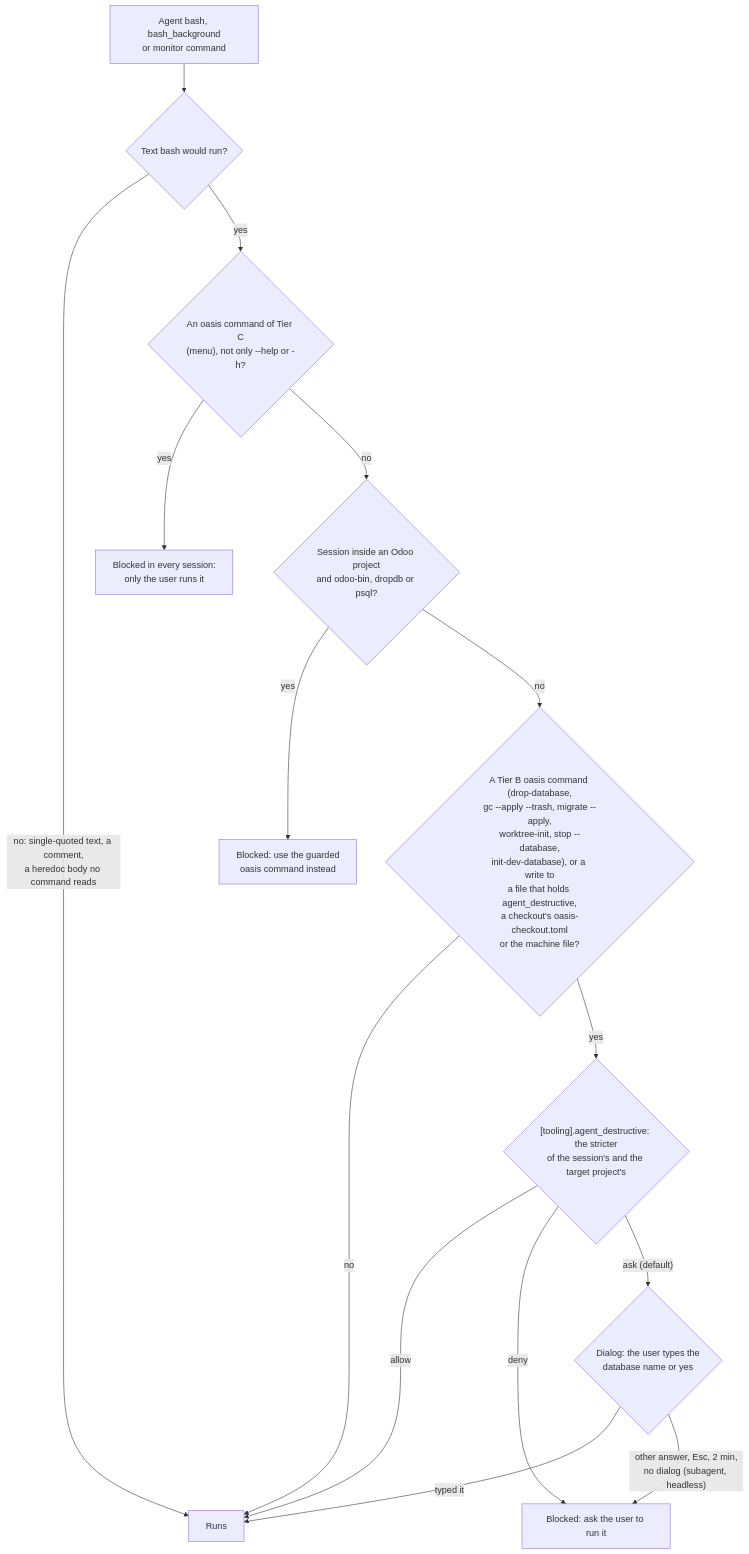
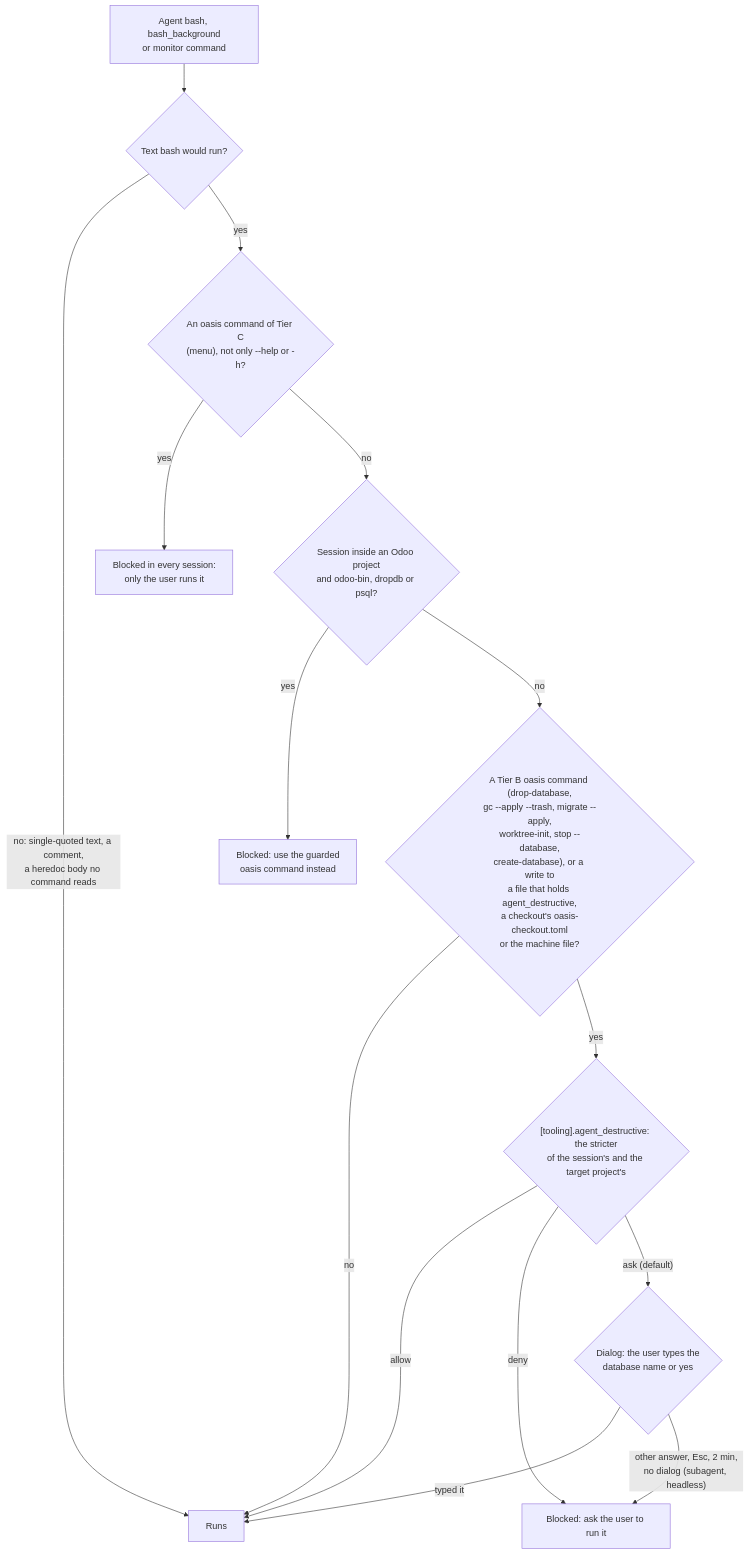
The diagram in docs/bash-guard.md (skhol3/oasis), drawn with Mermaid before and after one commit. The commit also changed other lines of this file and 80 other files, not shown here.

First line of the commit message:
feat!: create-database, setup-postgres, recreate-postgres-volume; close two creation paths

````diff
--- a/docs/bash-guard.md
+++ b/docs/bash-guard.md
@@ -24,17 +24,17 @@
 ```mermaid
 flowchart TD
     A["Agent bash, bash_background<br/>or monitor command"] --> B{"Text bash would run?"}
     B -->|"no: single-quoted text, a comment,<br/>a heredoc body no command reads"| OK["Runs"]
     B -->|yes| C{"An oasis command of Tier C<br/>(menu), not only --help or -h?"}
     C -->|yes| X["Blocked in every session:<br/>only the user runs it"]
     C -->|no| E{"Session inside an Odoo project<br/>and odoo-bin, dropdb or psql?"}
     E -->|yes| Y["Blocked: use the guarded<br/>oasis command instead"]
-    E -->|no| ASK{"A Tier B oasis command (drop-database,<br/>gc --apply --trash, migrate --apply,<br/>worktree-init, stop --database,<br/>init-dev-database), or a write to<br/>a file that holds agent_destructive,<br/>a checkout's oasis-checkout.toml<br/>or the machine file?"}
+    E -->|no| ASK{"A Tier B oasis command (drop-database,<br/>gc --apply --trash, migrate --apply,<br/>worktree-init, stop --database,<br/>create-database), or a write to<br/>a file that holds agent_destructive,<br/>a checkout's oasis-checkout.toml<br/>or the machine file?"}
     ASK -->|no| OK
     ASK -->|yes| S{"[tooling].agent_destructive: the stricter<br/>of the session's and the target project's"}
     S -->|allow| OK
     S -->|deny| Z["Blocked: ask the user to run it"]
     S -->|"ask (default)"| Q{"Dialog: the user types the<br/>database name or yes"}
     Q -->|"typed it"| OK
     Q -->|"other answer, Esc, 2 min,<br/>no dialog (subagent, headless)"| Z
 ```
````
